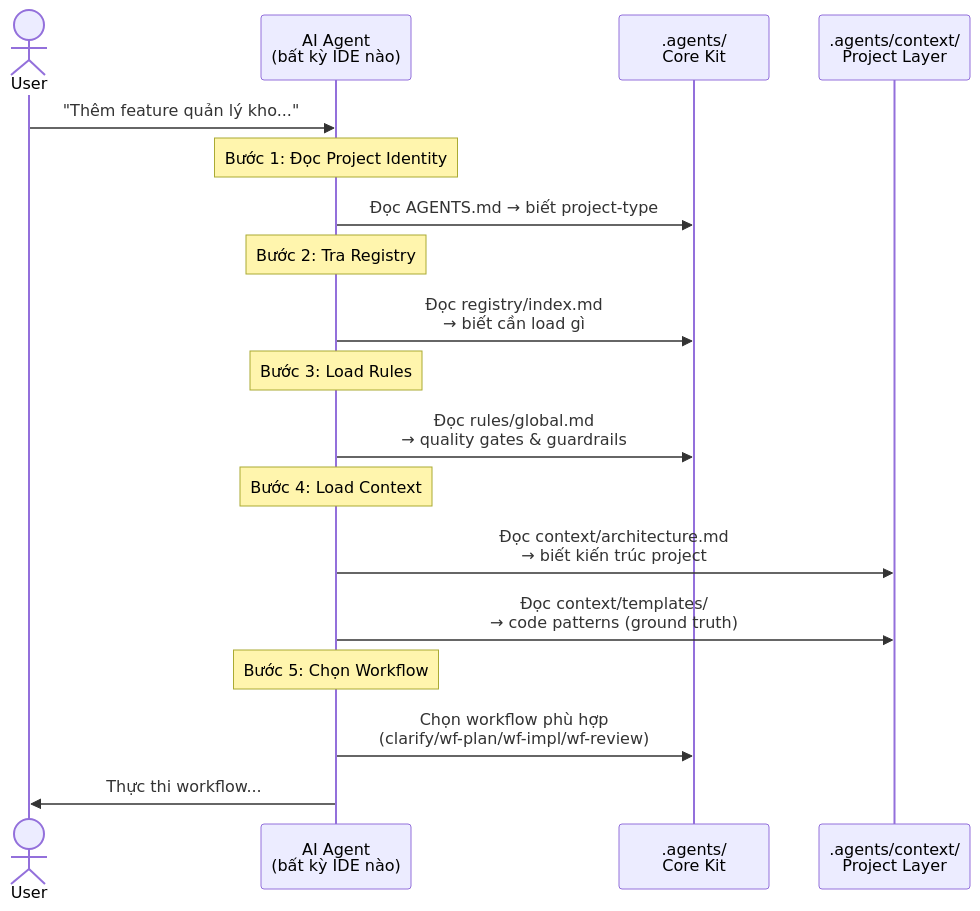
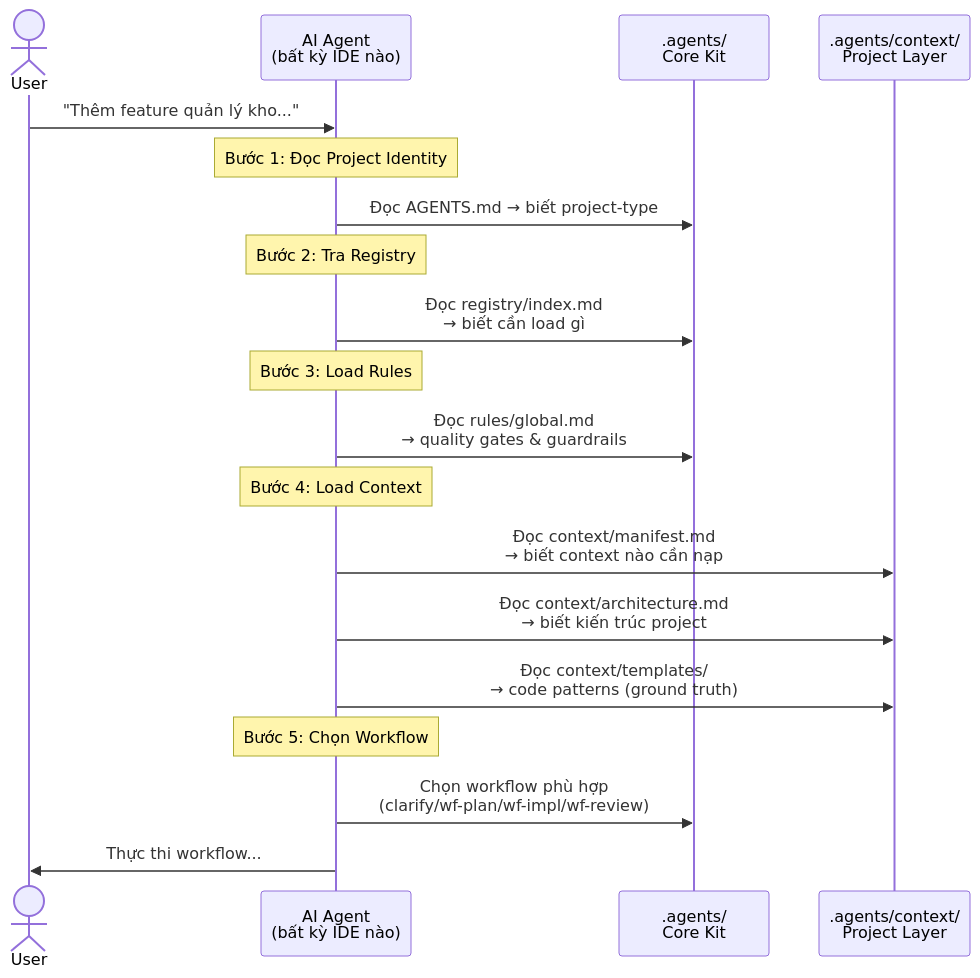
The second of 6 diagrams in HowItWorks.md (Sonleeee/Agent-Dev-Kit), drawn with Mermaid before and after one commit. The commit also changed other lines of this file and 59 other files, not shown here.

````diff
--- a/HowItWorks.md
+++ b/HowItWorks.md
@@ -42,27 +42,28 @@
 ```mermaid
 sequenceDiagram
     actor User
     participant Agent as AI Agent<br/>(bất kỳ IDE nào)
     participant Kit as .agents/<br/>Core Kit
     participant Ctx as .agents/context/<br/>Project Layer
 
     User->>Agent: "Thêm feature quản lý kho..."
   
     Note over Agent: Bước 1: Đọc Project Identity
     Agent->>Kit: Đọc AGENTS.md → biết project-type
   
     Note over Agent: Bước 2: Tra Registry
     Agent->>Kit: Đọc registry/index.md<br/>→ biết cần load gì
   
     Note over Agent: Bước 3: Load Rules
     Agent->>Kit: Đọc rules/global.md<br/>→ quality gates & guardrails
   
     Note over Agent: Bước 4: Load Context
+    Agent->>Ctx: Đọc context/manifest.md<br/>→ biết context nào cần nạp
     Agent->>Ctx: Đọc context/architecture.md<br/>→ biết kiến trúc project
     Agent->>Ctx: Đọc context/templates/<br/>→ code patterns (ground truth)
   
     Note over Agent: Bước 5: Chọn Workflow
     Agent->>Kit: Chọn workflow phù hợp<br/>(clarify/wf-plan/wf-impl/wf-review)
   
     Agent->>User: Thực thi workflow...
 ```
````
